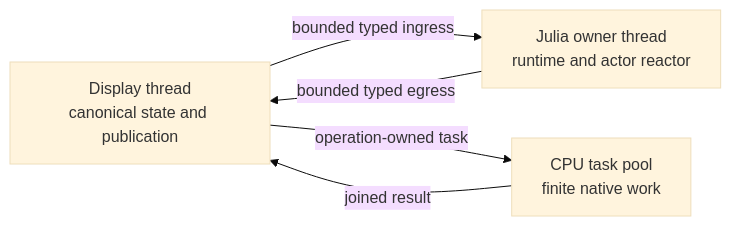
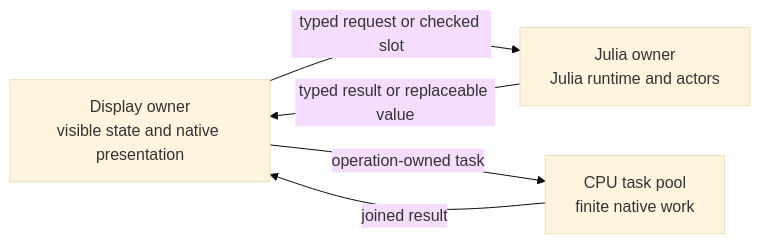
Before and after one commit to derekshoneycutt/Euclid: the diagram in docs/wiki/Guides/ArchitectureSummary.md, drawn with Mermaid (base theme). The commit also changed other lines of this file and 11 other files, not shown here.

````diff
--- a/docs/wiki/Guides/ArchitectureSummary.md
+++ b/docs/wiki/Guides/ArchitectureSummary.md
@@ -218,11 +113,11 @@
 ```mermaid
 flowchart LR
-  D[Display thread<br/>canonical state and publication]
-  J[Julia owner thread<br/>runtime and actor reactor]
-  W[CPU task pool<br/>finite native work]
+    Display[Display owner<br/>visible state and native presentation]
+    Julia[Julia owner<br/>Julia runtime and actors]
+    Workers[CPU task pool<br/>finite native work]
 
-  D -->|bounded typed ingress| J
-  J -->|bounded typed egress| D
-  D -->|operation-owned task| W
-  W -->|joined result| D
+    Display -->|typed request or checked slot| Julia
+    Julia -->|typed result or replaceable value| Display
+    Display -->|operation-owned task| Workers
+    Workers -->|joined result| Display
 ```
````
